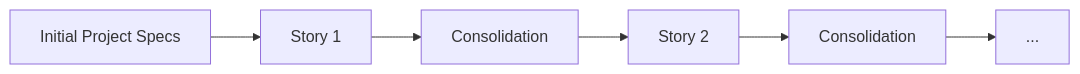
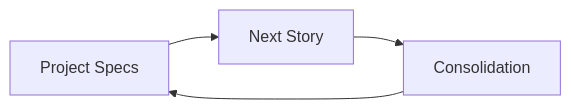
The eighth of 10 diagrams in README.md (mtov/AgileSpec), drawn with Mermaid before and after one commit. The commit also changed other lines of this file, not shown here.

````diff
--- a/README.md
+++ b/README.md
@@ -386,8 +384,6 @@
 ```mermaid
 flowchart LR
-    A["Initial Project Specs"] --> B["Story 1"]
+    A["Project Specs"] --> B["Next Story"]
     B --> C["Consolidation"]
-    C --> D["Story 2"]
-    D --> E["Consolidation"]
-    E --> F["..."]
+    C --> A
 ```
````
